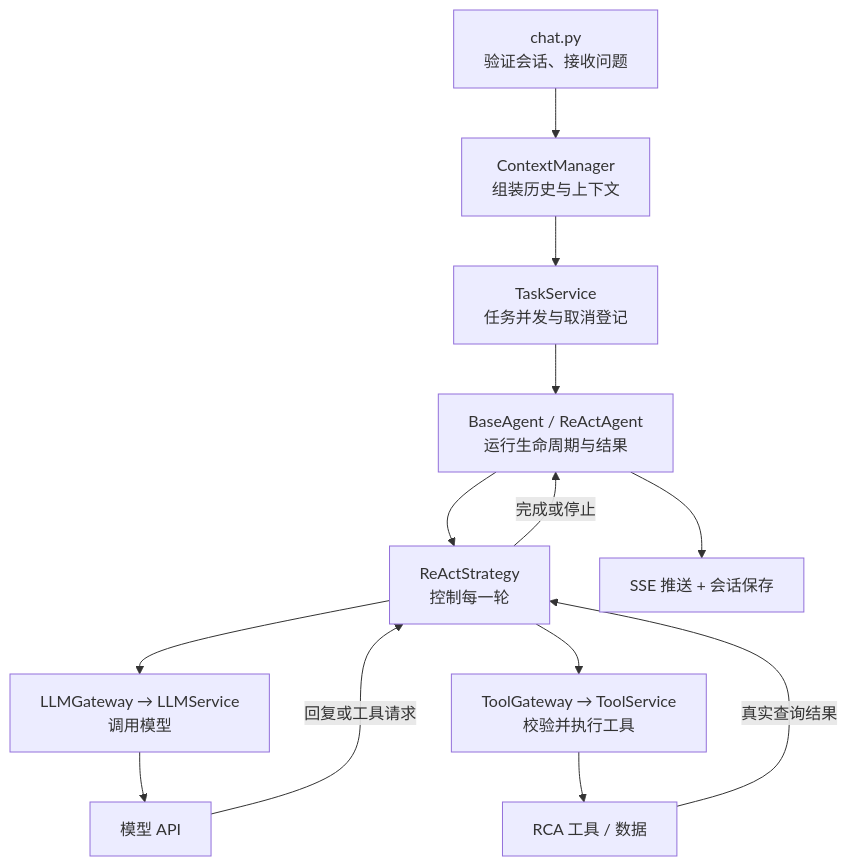
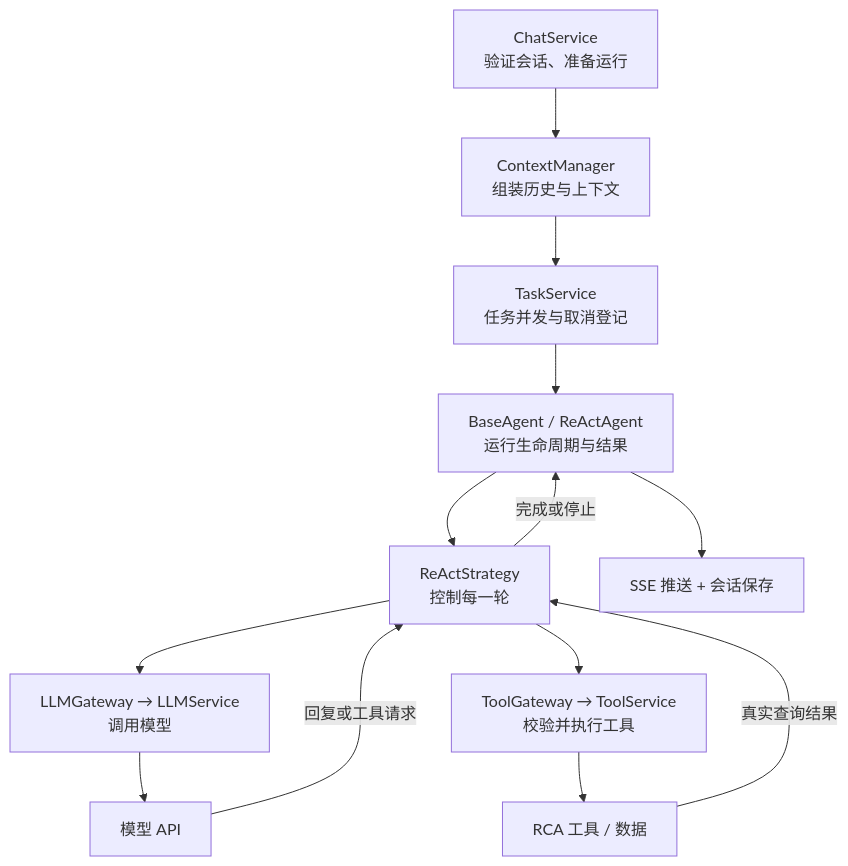
Before and after one commit to ZXP3220180336/agent-forge: the second of 2 diagrams in docs/project/agent-harness.md, drawn with Mermaid. The commit also changed other lines of this file and 33 other files, not shown here.

````diff
--- a/docs/project/agent-harness.md
+++ b/docs/project/agent-harness.md
@@ -72,21 +72,21 @@
 ```mermaid
 flowchart TB
-    API["chat.py<br/>验证会话、接收问题"]
+    API["ChatService<br/>验证会话、准备运行"]
     CTX["ContextManager<br/>组装历史与上下文"]
     TASK["TaskService<br/>任务并发与取消登记"]
     BASE["BaseAgent / ReActAgent<br/>运行生命周期与结果"]
     REACT["ReActStrategy<br/>控制每一轮"]
     LLM["LLMGateway → LLMService<br/>调用模型"]
     TOOL["ToolGateway → ToolService<br/>校验并执行工具"]
     MODEL["模型 API"]
     DATA["RCA 工具 / 数据"]
     OUT["SSE 推送 + 会话保存"]
 
     API --> CTX --> TASK --> BASE --> REACT
     REACT --> LLM --> MODEL
     MODEL -->|"回复或工具请求"| REACT
     REACT --> TOOL --> DATA
     DATA -->|"真实查询结果"| REACT
     REACT -->|"完成或停止"| BASE
     BASE --> OUT
 ```
````
